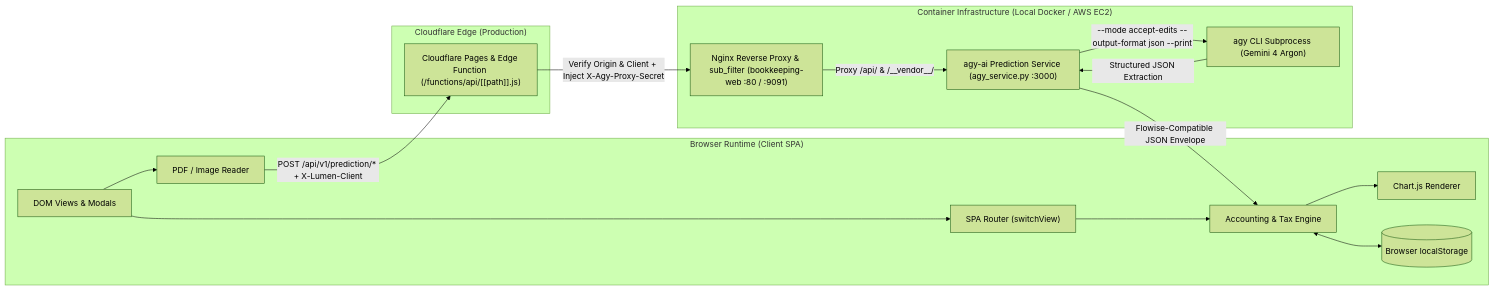
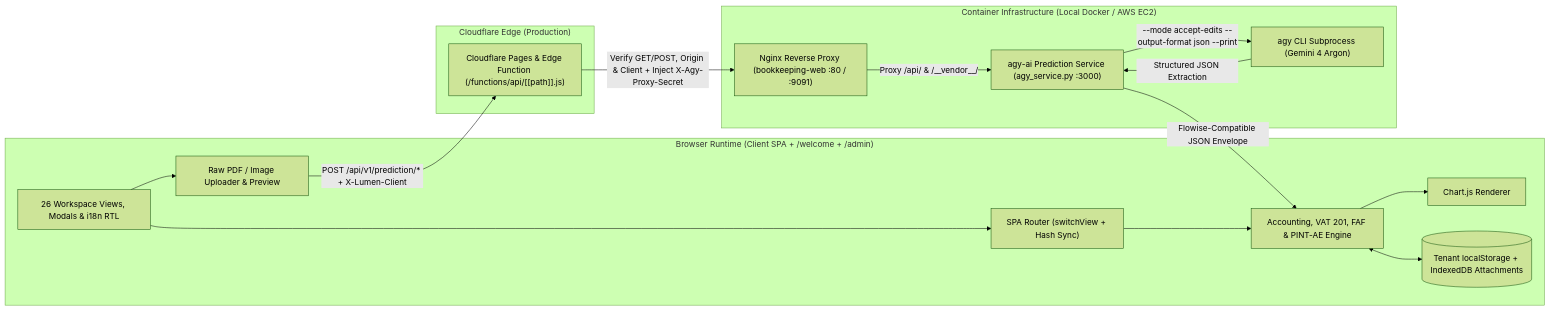
One commit to lumenconsultancyae/bookeeping_docs changed the first of 2 diagrams in docs/technical/architecture-and-execution-flow.md. Above: the diagram before and after it, drawn with Mermaid (forest theme). The commit also changed other lines of this file and 7 other files, not shown here.

First line of the commit message:
docs(architecture): synchronize PRD, SDD, runbook, user guide, and Draw.io diagrams with codebase

````diff
--- a/docs/technical/architecture-and-execution-flow.md
+++ b/docs/technical/architecture-and-execution-flow.md
@@ -7,33 +7,33 @@
 ```mermaid
 flowchart LR
-    subgraph Browser["Browser Runtime (Client SPA)"]
-        UI["DOM Views & Modals"]
-        Router["SPA Router (switchView)"]
-        Engine["Accounting & Tax Engine"]
-        PDF["PDF / Image Reader"]
+    subgraph Browser["Browser Runtime (Client SPA + /welcome + /admin)"]
+        UI["26 Workspace Views, Modals & i18n RTL"]
+        Router["SPA Router (switchView + Hash Sync)"]
+        Engine["Accounting, VAT 201, FAF & PINT-AE Engine"]
+        PDF["Raw PDF / Image Uploader & Preview"]
         Chart["Chart.js Renderer"]
-        Store[("Browser localStorage")]
+        Store[("Tenant localStorage + IndexedDB Attachments")]
     end
 
     subgraph Edge["Cloudflare Edge (Production)"]
         CFPages["Cloudflare Pages & Edge Function (/functions/api/[[path]].js)"]
     end
 
     subgraph Infra["Container Infrastructure (Local Docker / AWS EC2)"]
-        Nginx["Nginx Reverse Proxy & sub_filter (bookkeeping-web :80 / :9091)"]
+        Nginx["Nginx Reverse Proxy (bookkeeping-web :80 / :9091)"]
         AgyService["agy-ai Prediction Service (agy_service.py :3000)"]
         AgyCLI["agy CLI Subprocess (Gemini 4 Argon)"]
     end
 
     UI --> Router
     Router --> Engine
     Engine <--> Store
     Engine --> Chart
     UI --> PDF
     PDF -->|"POST /api/v1/prediction/* + X-Lumen-Client"| CFPages
-    CFPages -->|"Verify Origin & Client + Inject X-Agy-Proxy-Secret"| Nginx
+    CFPages -->|"Verify GET/POST, Origin & Client + Inject X-Agy-Proxy-Secret"| Nginx
     Nginx -->|"Proxy /api/ & /__vendor__/"| AgyService
     AgyService -->|"--mode accept-edits --output-format json --print"| AgyCLI
     AgyCLI -->|"Structured JSON Extraction"| AgyService
     AgyService -->|"Flowise-Compatible JSON Envelope"| Engine
 ```
````
